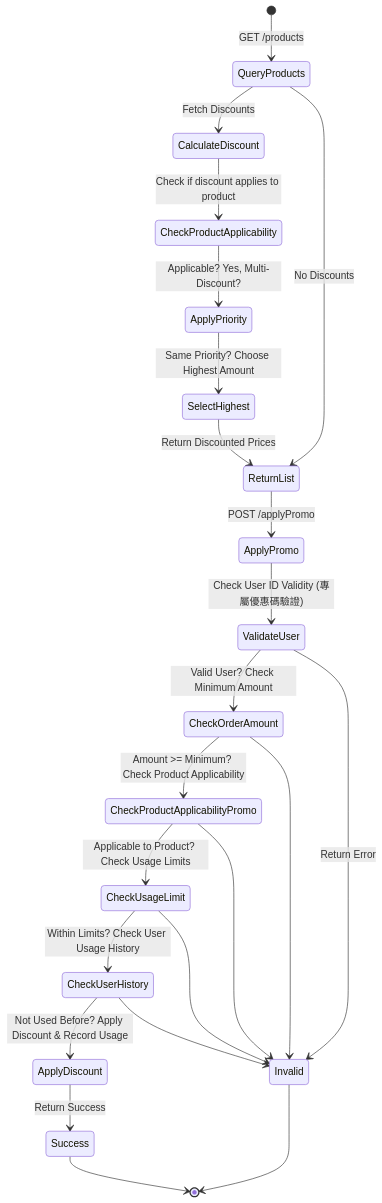
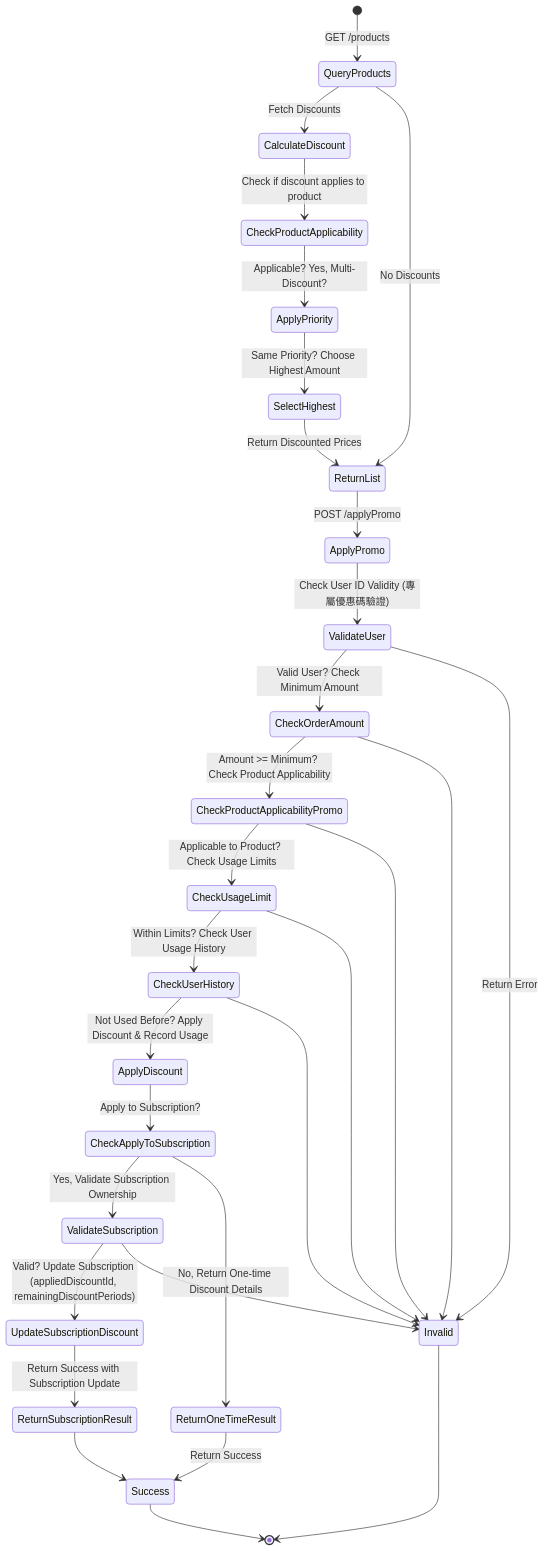
Before and after one commit to xxxhand/auto-billing-bot: the fifth of 10 diagrams in docs/docs_0_7/billingBot_v0.7.1_system_design.markdown, drawn with Mermaid. The commit also changed other lines of this file and 16 other files, not shown here.

First line of the commit message:
feat: implement API-014 POST /promoCodes/applyPromo with subscription discount support

````diff
--- a/docs/docs_0_7/billingBot_v0.7.1_system_design.markdown
+++ b/docs/docs_0_7/billingBot_v0.7.1_system_design.markdown
@@ -523,26 +558,33 @@
 ```mermaid
 stateDiagram-v2
     [*] --> QueryProducts: GET /products
     QueryProducts --> CalculateDiscount: Fetch Discounts
     CalculateDiscount --> CheckProductApplicability: Check if discount applies to product
     CheckProductApplicability --> ApplyPriority: Applicable? Yes, Multi-Discount?
     ApplyPriority --> SelectHighest: Same Priority? Choose Highest Amount
     SelectHighest --> ReturnList: Return Discounted Prices
     QueryProducts --> ReturnList: No Discounts
 
     ReturnList --> ApplyPromo: POST /applyPromo
     ApplyPromo --> ValidateUser: Check User ID Validity (專屬優惠碼驗證)
     ValidateUser --> CheckOrderAmount: Valid User? Check Minimum Amount
     CheckOrderAmount --> CheckProductApplicabilityPromo: Amount >= Minimum? Check Product Applicability
     CheckProductApplicabilityPromo --> CheckUsageLimit: Applicable to Product? Check Usage Limits
     CheckUsageLimit --> CheckUserHistory: Within Limits? Check User Usage History
     CheckUserHistory --> ApplyDiscount: Not Used Before? Apply Discount & Record Usage
-    ApplyDiscount --> Success: Return Success
+    ApplyDiscount --> CheckApplyToSubscription: Apply to Subscription?
+    CheckApplyToSubscription --> ValidateSubscription: Yes, Validate Subscription Ownership
+    ValidateSubscription --> UpdateSubscriptionDiscount: Valid? Update Subscription (appliedDiscountId, remainingDiscountPeriods)
+    UpdateSubscriptionDiscount --> ReturnSubscriptionResult: Return Success with Subscription Update
+    CheckApplyToSubscription --> ReturnOneTimeResult: No, Return One-time Discount Details
+    ReturnOneTimeResult --> Success: Return Success
+    ReturnSubscriptionResult --> Success
     Success --> [*]
     ValidateUser --> Invalid: Return Error
     CheckOrderAmount --> Invalid
     CheckProductApplicabilityPromo --> Invalid
     CheckUsageLimit --> Invalid
     CheckUserHistory --> Invalid
+    ValidateSubscription --> Invalid
     Invalid --> [*]
 ```
````
